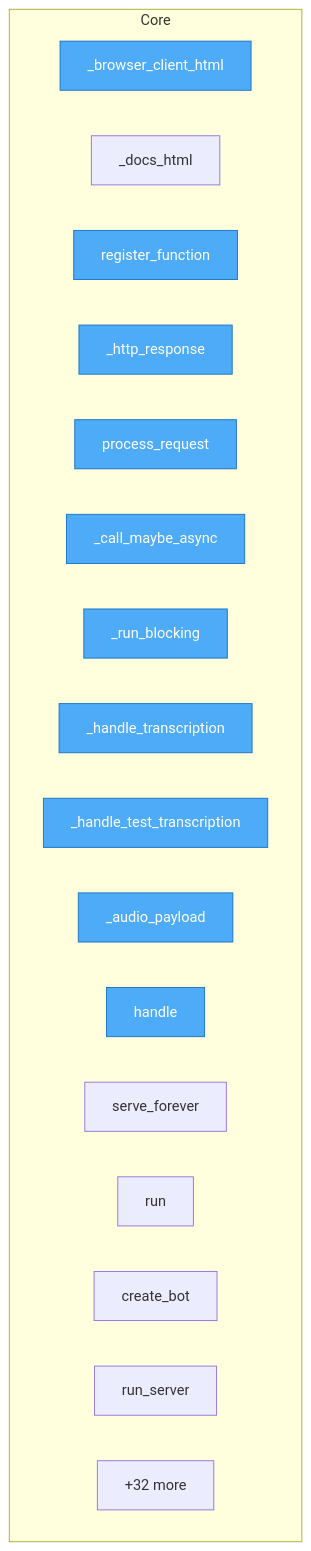
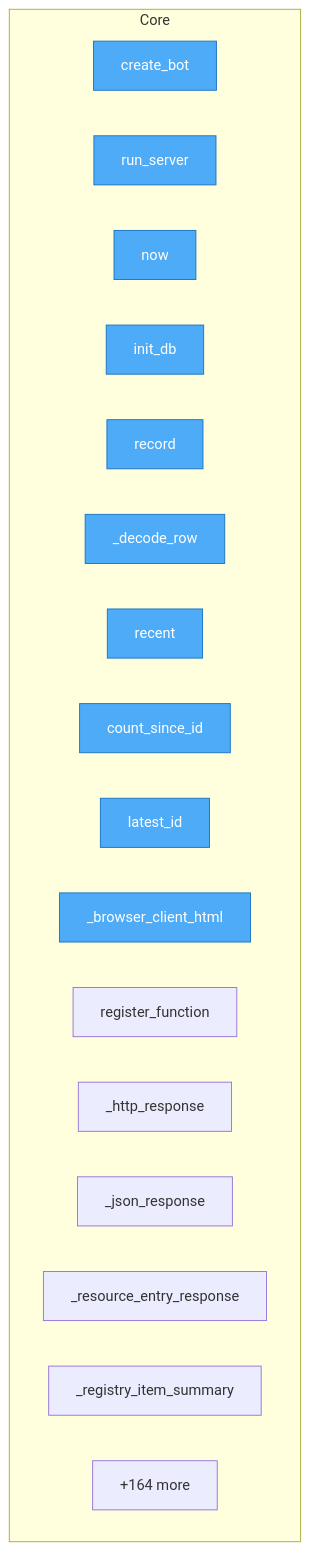
One commit to wronai/tellm changed the diagram in project/flow.mmd. Above: the diagram before and after it, drawn with Mermaid. The commit also changed 43 other files, not shown here.

```diff
--- a/project/flow.mmd
+++ b/project/flow.mmd
@@ -1,26 +1,26 @@
 flowchart TD
 %% generated in 0.00s
 
     %% Entry points (blue)
     classDef entry fill:#4dabf7,stroke:#1971c2,color:#fff
 
     subgraph Core
-        server___browser_client_html["_browser_client_html"]
-        server___docs_html["_docs_html"]
-        server__TellmServer__register_function["register_function"]
-        server__TellmServer___http_response["_http_response"]
-        server__TellmServer__process_request["process_request"]
-        server__TellmServer___call_maybe_async["_call_maybe_async"]
-        server__TellmServer___run_blocking["_run_blocking"]
-        server__TellmServer___handle_transcription["_handle_transcription"]
-        server__TellmServer___handle_test_transcription["_handle_test_transcription"]
-        server__TellmServer___audio_payload["_audio_payload"]
-        server__TellmServer__handle["handle"]
-        server__TellmServer__serve_forever["serve_forever"]
-        server__TellmServer__run["run"]
         tellm__create_bot["create_bot"]
         tellm__run_server["run_server"]
-        ...["+32 more"]
+        tellm__improvement__history__ExecutionHistoryStore__now["now"]
+        tellm__improvement__history__ExecutionHistoryStore__init_db["init_db"]
+        tellm__improvement__history__ExecutionHistoryStore__record["record"]
+        tellm__improvement__history__ExecutionHistoryStore___decode_row["_decode_row"]
+        tellm__improvement__history__ExecutionHistoryStore__recent["recent"]
+        tellm__improvement__history__ExecutionHistoryStore__count_since_id["count_since_id"]
+        tellm__improvement__history__ExecutionHistoryStore__latest_id["latest_id"]
+        tellm__server___browser_client_html["_browser_client_html"]
+        tellm__server__TellmServer__register_function["register_function"]
+        tellm__server__TellmServer___http_response["_http_response"]
+        tellm__server__TellmServer___json_response["_json_response"]
+        tellm__server__TellmServer___resource_entry_response["_resource_entry_response"]
+        tellm__server__TellmServer___registry_item_summary["_registry_item_summary"]
+        ...["+164 more"]
     end
 
-    class server___browser_client_html,server__TellmServer__register_function,server__TellmServer___http_response,server__TellmServer__process_request,server__TellmServer___call_maybe_async,server__TellmServer___run_blocking,server__TellmServer___handle_transcription,server__TellmServer___handle_test_transcription,server__TellmServer___audio_payload,server__TellmServer__handle entry
+    class tellm__create_bot,tellm__run_server,tellm__improvement__history__ExecutionHistoryStore__now,tellm__improvement__history__ExecutionHistoryStore__init_db,tellm__improvement__history__ExecutionHistoryStore__record,tellm__improvement__history__ExecutionHistoryStore___decode_row,tellm__improvement__history__ExecutionHistoryStore__recent,tellm__improvement__history__ExecutionHistoryStore__count_since_id,tellm__improvement__history__ExecutionHistoryStore__latest_id,tellm__server___browser_client_html entry
```
